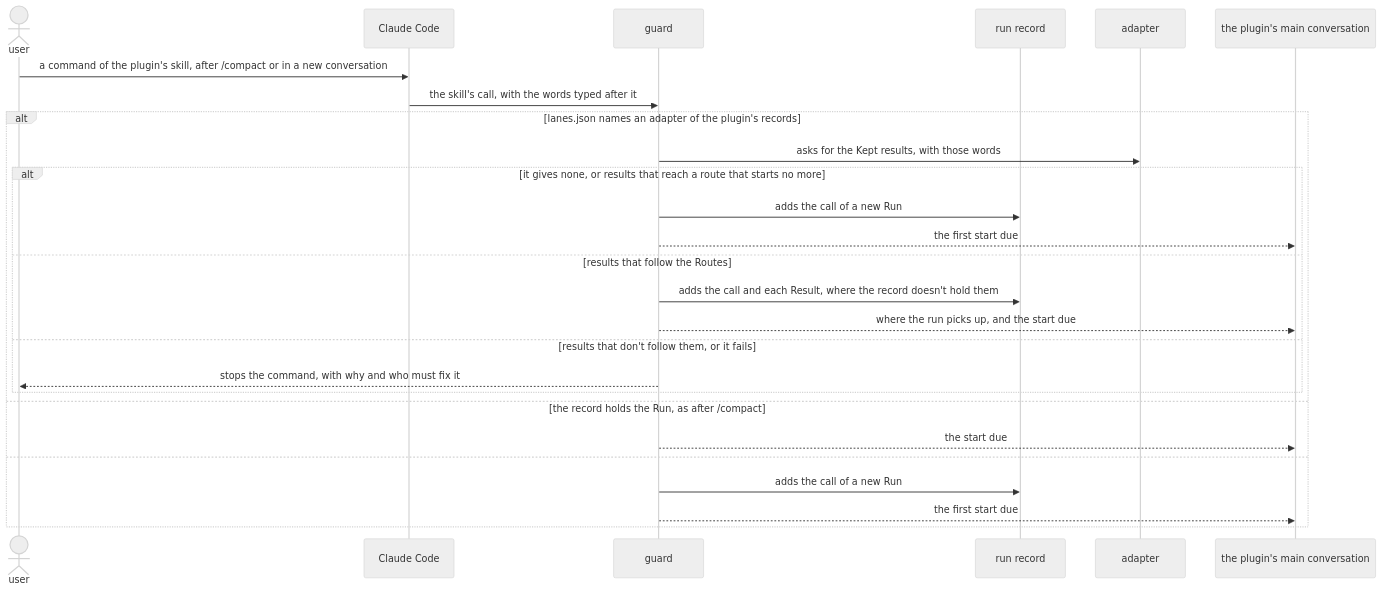
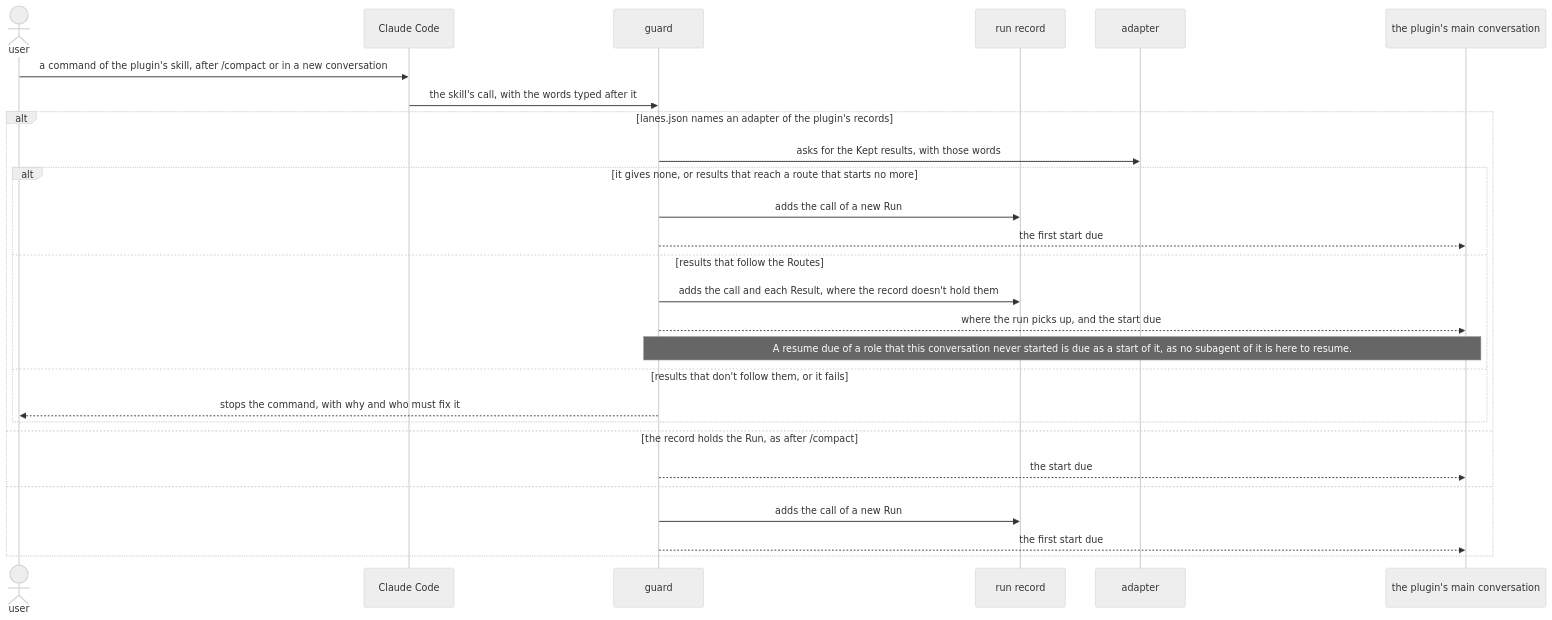
The seventh of 7 diagrams in dev/lane/architecture.md (lovaizu/ccpm), drawn with Mermaid (neutral theme) before and after one commit. The commit also changed other lines of this file and 2 other files, not shown here.

````diff
--- a/dev/lane/architecture.md
+++ b/dev/lane/architecture.md
@@ -592,28 +592,29 @@
 ```mermaid
 sequenceDiagram
   actor U as user
   participant CC as Claude Code
   participant G as guard
   participant RS as run record
   participant A as adapter
   participant M as the plugin's main conversation
   U->>CC: a command of the plugin's skill, after /compact or in a new conversation
   CC->>G: the skill's call, with the words typed after it
   alt lanes.json names an adapter of the plugin's records
     G->>A: asks for the Kept results, with those words
     alt it gives none, or results that reach a route that starts no more
       G->>RS: adds the call of a new Run
       G-->>M: the first start due
     else results that follow the Routes
       G->>RS: adds the call and each Result, where the record doesn't hold them
       G-->>M: where the run picks up, and the start due
+      Note over G,M: A resume due of a role that this conversation never started is due as a start of it, as no subagent of it is here to resume.
     else results that don't follow them, or it fails
       G-->>U: stops the command, with why and who must fix it
     end
   else the record holds the Run, as after /compact
     G-->>M: the start due
   else
     G->>RS: adds the call of a new Run
     G-->>M: the first start due
   end
 ```
````
